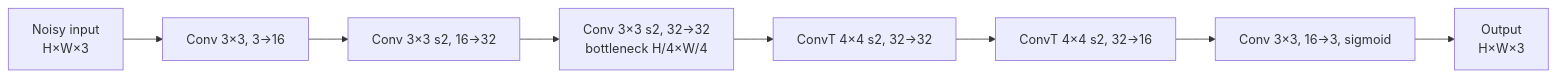
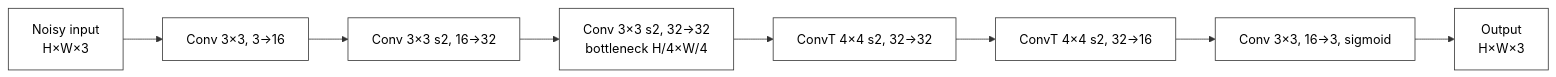
Before and after one commit to rwttr/Eco-workshop-n8: the second of 2 diagrams in README.md, drawn with Mermaid. The commit also changed other lines of this file, not shown here.

Commit message:
README: render Mermaid diagram nodes with white background

````diff
--- a/README.md
+++ b/README.md
@@ -154,5 +156,6 @@
 ```mermaid
 flowchart LR
+    classDef default fill:#ffffff,stroke:#333333,color:#000000;
     X["Noisy input<br/>H×W×3"] --> E1["Conv 3×3, 3→16"] --> E2["Conv 3×3 s2, 16→32"] --> E3["Conv 3×3 s2, 32→32<br/>bottleneck H/4×W/4"]
     E3 --> D1["ConvT 4×4 s2, 32→32"] --> D2["ConvT 4×4 s2, 32→16"] --> D3["Conv 3×3, 16→3, sigmoid"] --> Y["Output<br/>H×W×3"]
 ```
````
